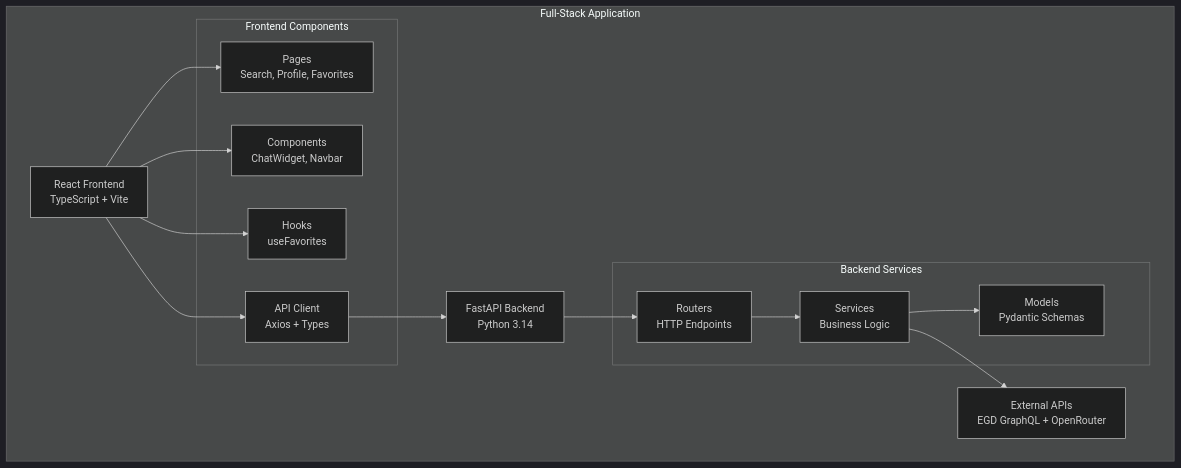
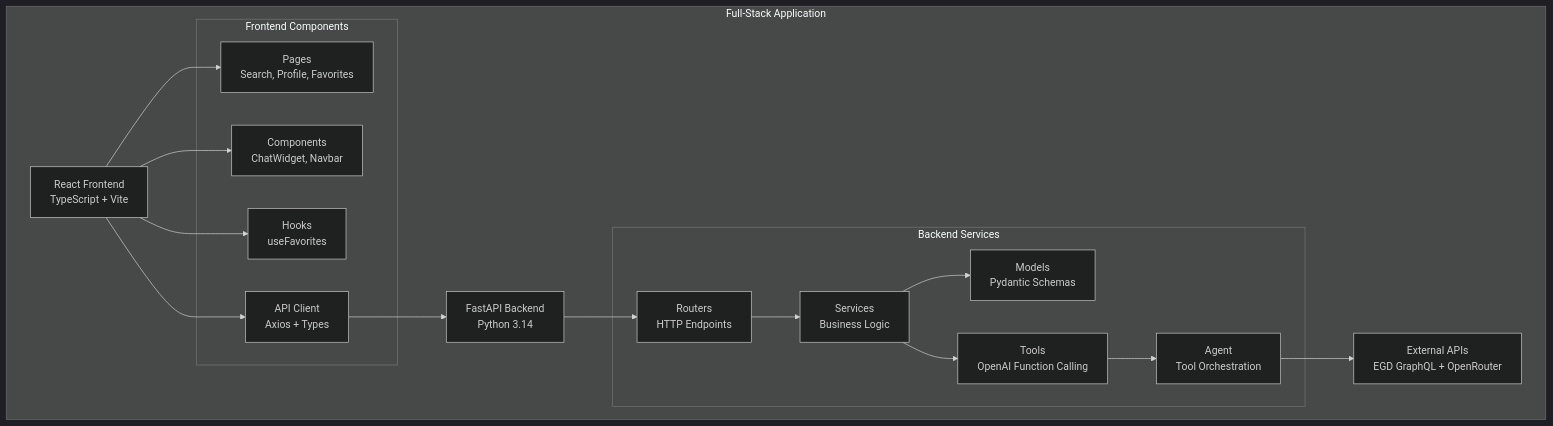
The first of 3 diagrams in .qoder/repowiki/en/content/Project Overview.md (Ragnar1999/GoNow), drawn with Mermaid (dark theme) before and after one commit. The commit also changed other lines of this file and 10 other files, not shown here.

````diff
--- a/.qoder/repowiki/en/content/Project Overview.md
+++ b/.qoder/repowiki/en/content/Project Overview.md
@@ -62,28 +68,32 @@
 ```mermaid
 graph TB
 subgraph "Full-Stack Application"
 Frontend["React Frontend<br/>TypeScript + Vite"]
 Backend["FastAPI Backend<br/>Python 3.14"]
 subgraph "Frontend Components"
 Pages["Pages<br/>Search, Profile, Favorites"]
 Components["Components<br/>ChatWidget, Navbar"]
 Hooks["Hooks<br/>useFavorites"]
 API["API Client<br/>Axios + Types"]
 end
 subgraph "Backend Services"
 Routers["Routers<br/>HTTP Endpoints"]
 Services["Services<br/>Business Logic"]
 Models["Models<br/>Pydantic Schemas"]
+Tools["Tools<br/>OpenAI Function Calling"]
+Agent["Agent<br/>Tool Orchestration"]
 end
 External["External APIs<br/>EGD GraphQL + OpenRouter"]
 end
 Frontend --> Pages
 Frontend --> Components
 Frontend --> Hooks
 Frontend --> API
 API --> Backend
 Backend --> Routers
 Routers --> Services
 Services --> Models
-Services --> External
+Services --> Tools
+Tools --> Agent
+Agent --> External
 ```
````
